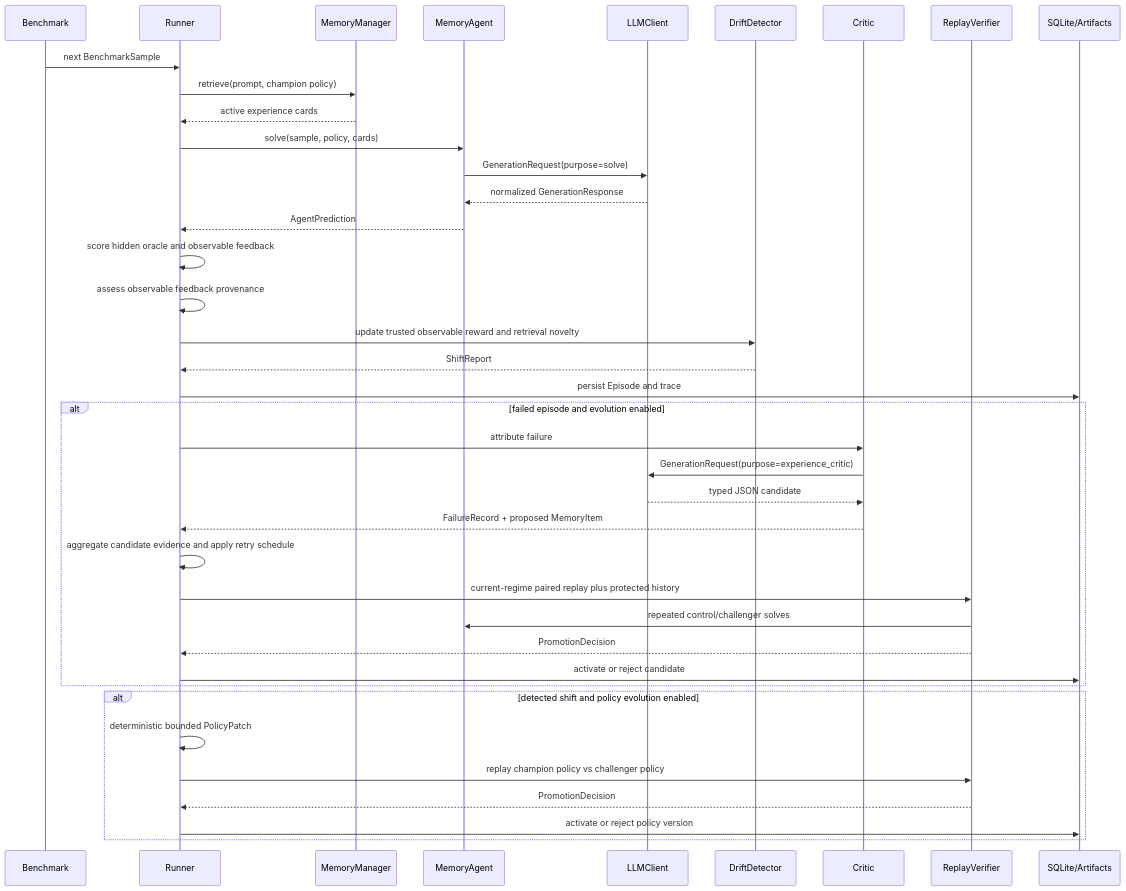
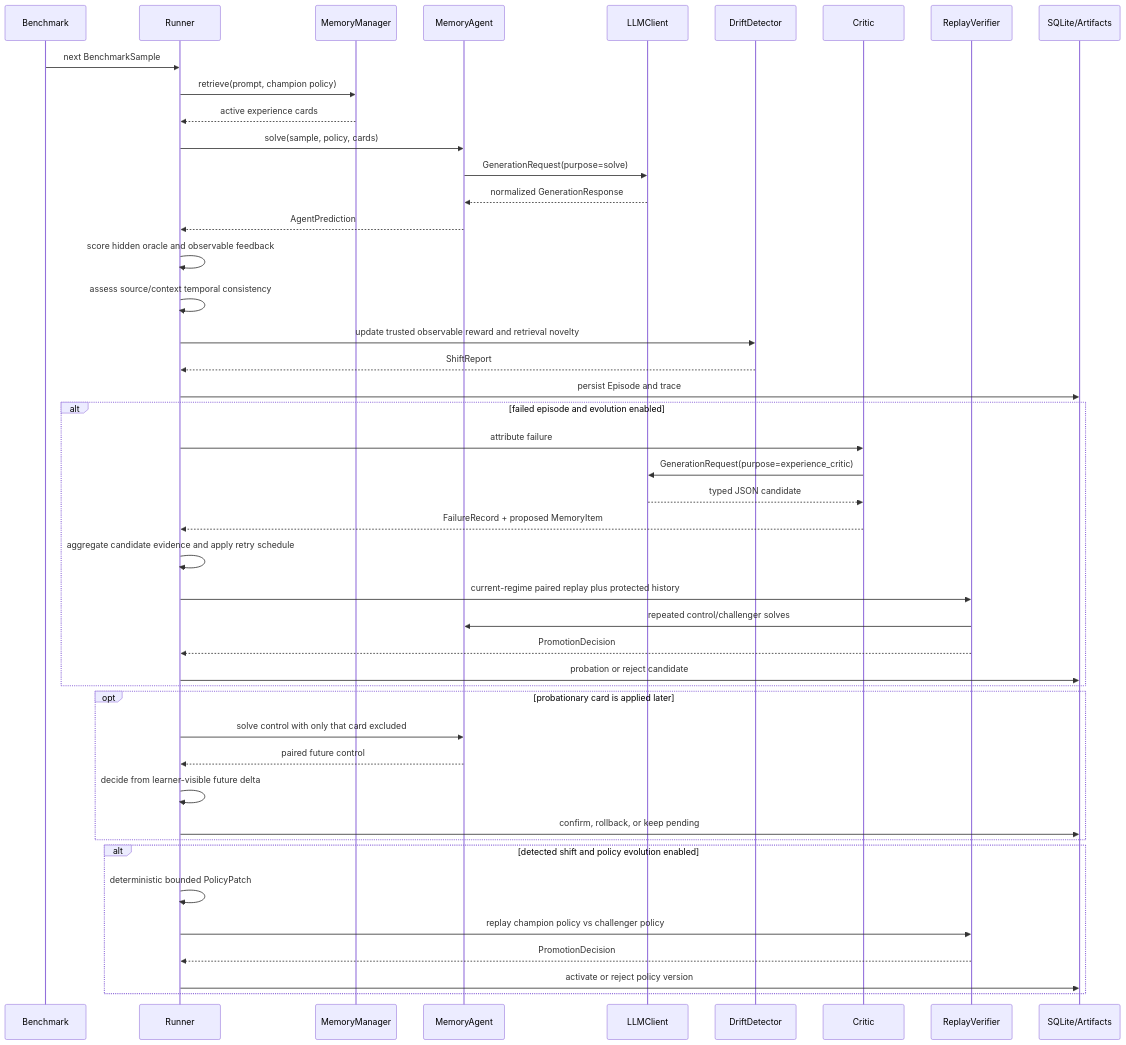
Before and after one commit to Vincent123Nie/EvoShift: the second of 4 diagrams in docs/architecture.md, drawn with Mermaid. The commit also changed other lines of this file and 37 other files, not shown here.

````diff
--- a/docs/architecture.md
+++ b/docs/architecture.md
@@ -75,42 +78,48 @@
 ```mermaid
 sequenceDiagram
     participant B as Benchmark
     participant R as Runner
     participant M as MemoryManager
     participant A as MemoryAgent
     participant L as LLMClient
     participant D as DriftDetector
     participant C as Critic
     participant V as ReplayVerifier
     participant S as SQLite/Artifacts
 
     B->>R: next BenchmarkSample
     R->>M: retrieve(prompt, champion policy)
     M-->>R: active experience cards
     R->>A: solve(sample, policy, cards)
     A->>L: GenerationRequest(purpose=solve)
     L-->>A: normalized GenerationResponse
     A-->>R: AgentPrediction
     R->>R: score hidden oracle and observable feedback
-    R->>R: assess observable feedback provenance
+    R->>R: assess source/context temporal consistency
     R->>D: update trusted observable reward and retrieval novelty
     D-->>R: ShiftReport
     R->>S: persist Episode and trace
     alt failed episode and evolution enabled
         R->>C: attribute failure
         C->>L: GenerationRequest(purpose=experience_critic)
         L-->>C: typed JSON candidate
         C-->>R: FailureRecord + proposed MemoryItem
         R->>R: aggregate candidate evidence and apply retry schedule
         R->>V: current-regime paired replay plus protected history
         V->>A: repeated control/challenger solves
         V-->>R: PromotionDecision
-        R->>S: activate or reject candidate
+        R->>S: probation or reject candidate
+    end
+    opt probationary card is applied later
+        R->>A: solve control with only that card excluded
+        A-->>R: paired future control
+        R->>R: decide from learner-visible future delta
+        R->>S: confirm, rollback, or keep pending
     end
     alt detected shift and policy evolution enabled
         R->>R: deterministic bounded PolicyPatch
         R->>V: replay champion policy vs challenger policy
         V-->>R: PromotionDecision
         R->>S: activate or reject policy version
     end
 ```
````
